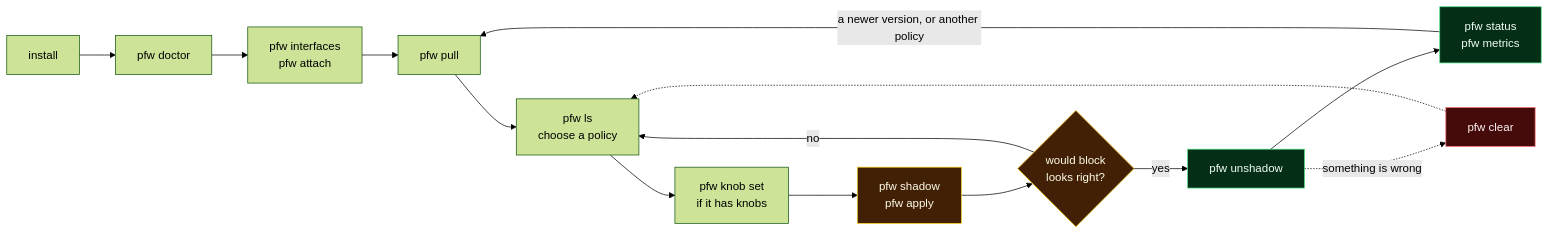
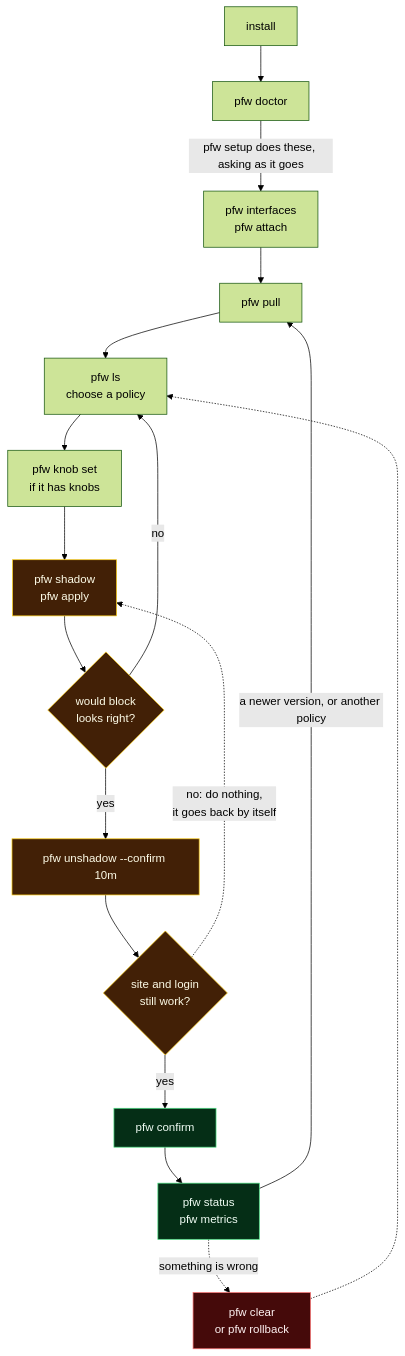
One commit to yeet-src/pfw changed the diagram in assets/workflow.mmd. Above: the diagram before and after it, drawn with Mermaid (forest theme). The commit also changed 43 other files, not shown here.

Commit message:
pfw setup, trials that undo themselves, rollback, upgrade, uninstall, logs, tab completion, and monitoring files [bump:minor]

```diff
--- a/assets/workflow.mmd
+++ b/assets/workflow.mmd
@@ -1,21 +1,24 @@
-flowchart LR
+flowchart TD
     install["install"] --> doctor["pfw doctor"]
-    doctor --> ifaces["pfw interfaces<br/>pfw attach"]
+    doctor -->|"pfw setup does these, asking as it goes"| ifaces["pfw interfaces<br/>pfw attach"]
     ifaces --> pull["pfw pull"]
     pull --> ls["pfw ls<br/>choose a policy"]
     ls --> knob["pfw knob set<br/>if it has knobs"]
     knob --> shadow["pfw shadow<br/>pfw apply"]
     shadow --> check{"would block<br/>looks right?"}
     check -->|"no"| ls
-    check -->|"yes"| unshadow["pfw unshadow"]
-    unshadow --> watch["pfw status<br/>pfw metrics"]
+    check -->|"yes"| unshadow["pfw unshadow --confirm 10m"]
+    unshadow --> works{"site and login<br/>still work?"}
+    works -->|"yes"| confirm["pfw confirm"]
+    works -.->|"no: do nothing,<br/>it goes back by itself"| shadow
+    confirm --> watch["pfw status<br/>pfw metrics"]
     watch -->|"a newer version, or another policy"| pull
-    unshadow -.->|"something is wrong"| clear["pfw clear"]
+    watch -.->|"something is wrong"| clear["pfw clear<br/>or pfw rollback"]
     clear -.-> ls
 
     classDef dry fill:#422006,stroke:#facc15,color:#fefce8
     classDef live fill:#052e16,stroke:#4ade80,color:#f0fdf4
     classDef out fill:#450a0a,stroke:#f87171,color:#fef2f2
-    class shadow,check dry
-    class unshadow,watch live
+    class shadow,check,unshadow,works dry
+    class confirm,watch live
     class clear out
```
